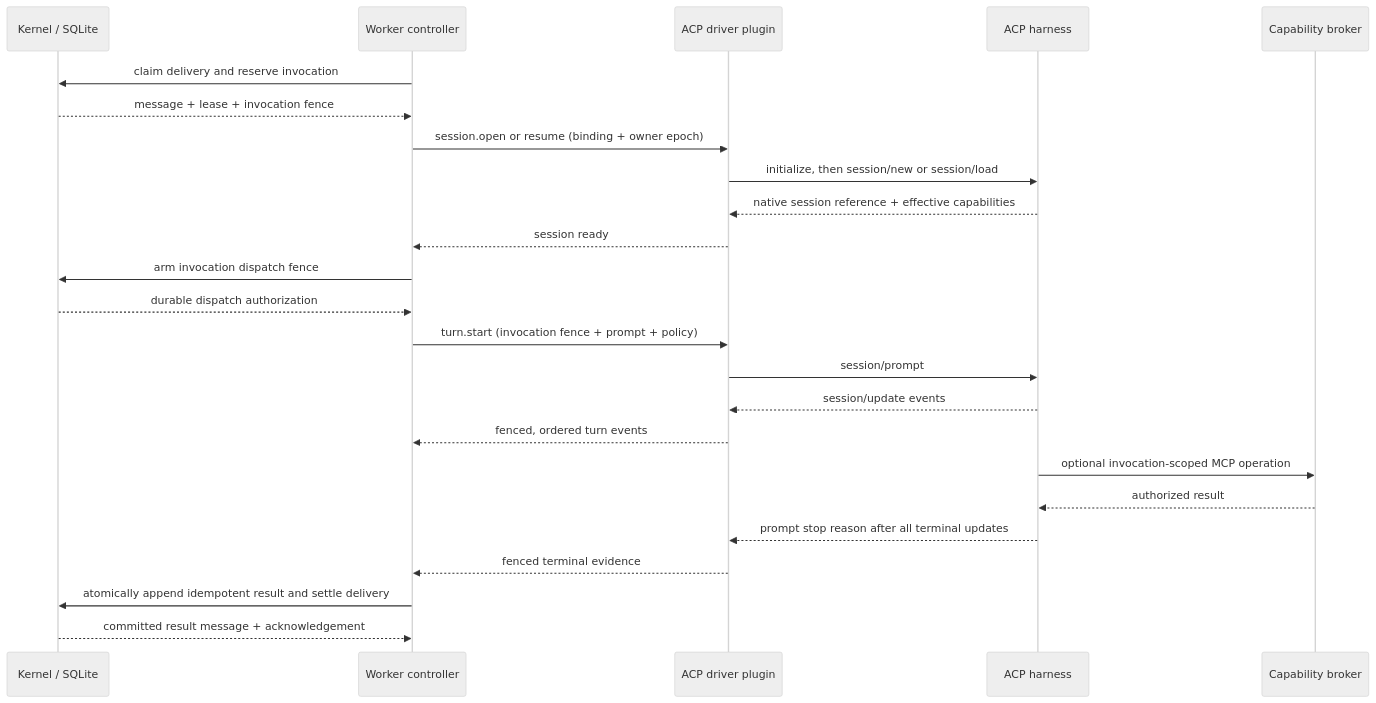
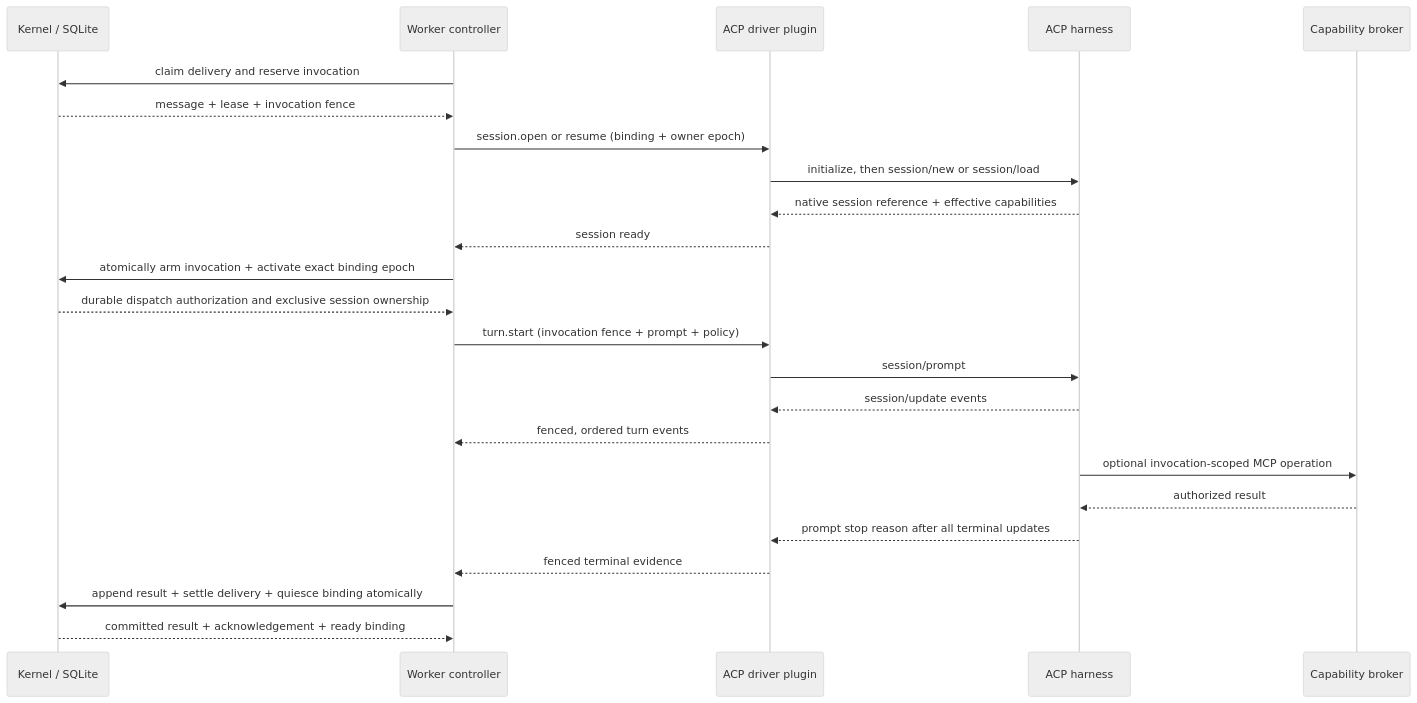
The third of 6 diagrams in docs/HARNESS_EXECUTION.md (ngalluzzo/fleetd), drawn with Mermaid (neutral theme) before and after one commit. The commit also changed other lines of this file and 14 other files, not shown here.

Commit message:
feat: persist harness session ownership

````diff
--- a/docs/HARNESS_EXECUTION.md
+++ b/docs/HARNESS_EXECUTION.md
@@ -287,27 +296,27 @@
 ```mermaid
 sequenceDiagram
     participant K as Kernel / SQLite
     participant C as Worker controller
     participant P as ACP driver plugin
     participant A as ACP harness
     participant B as Capability broker
 
     C->>K: claim delivery and reserve invocation
     K-->>C: message + lease + invocation fence
     C->>P: session.open or resume (binding + owner epoch)
     P->>A: initialize, then session/new or session/load
     A-->>P: native session reference + effective capabilities
     P-->>C: session ready
-    C->>K: arm invocation dispatch fence
-    K-->>C: durable dispatch authorization
+    C->>K: atomically arm invocation + activate exact binding epoch
+    K-->>C: durable dispatch authorization and exclusive session ownership
     C->>P: turn.start (invocation fence + prompt + policy)
     P->>A: session/prompt
     A-->>P: session/update events
     P-->>C: fenced, ordered turn events
     A->>B: optional invocation-scoped MCP operation
     B-->>A: authorized result
     A-->>P: prompt stop reason after all terminal updates
     P-->>C: fenced terminal evidence
-    C->>K: atomically append idempotent result and settle delivery
-    K-->>C: committed result message + acknowledgement
+    C->>K: append result + settle delivery + quiesce binding atomically
+    K-->>C: committed result + acknowledgement + ready binding
 ```
````
